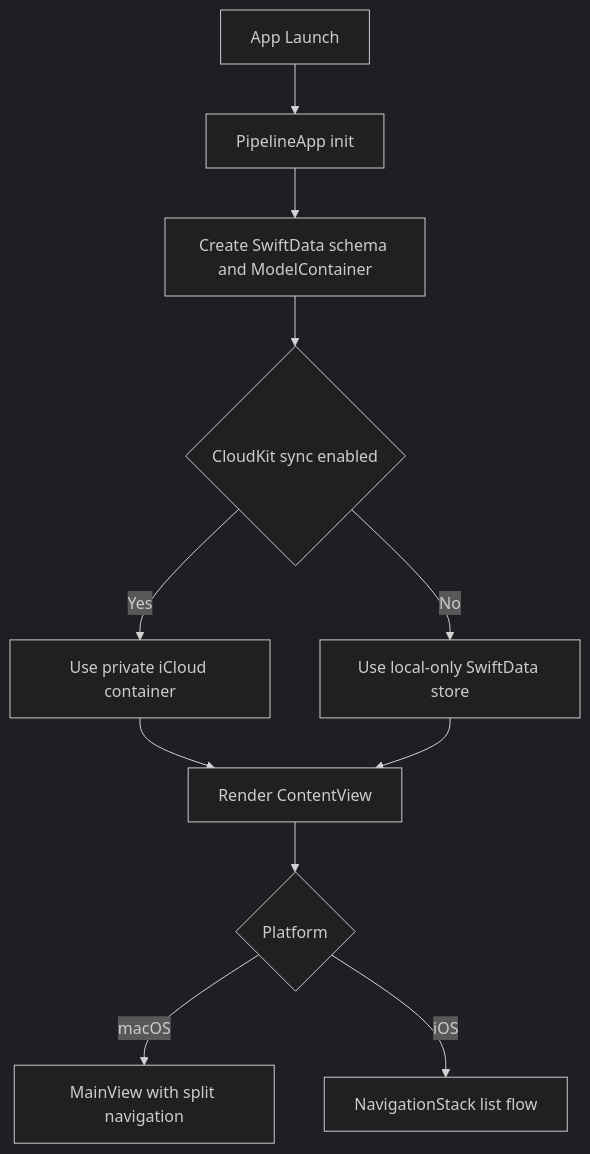
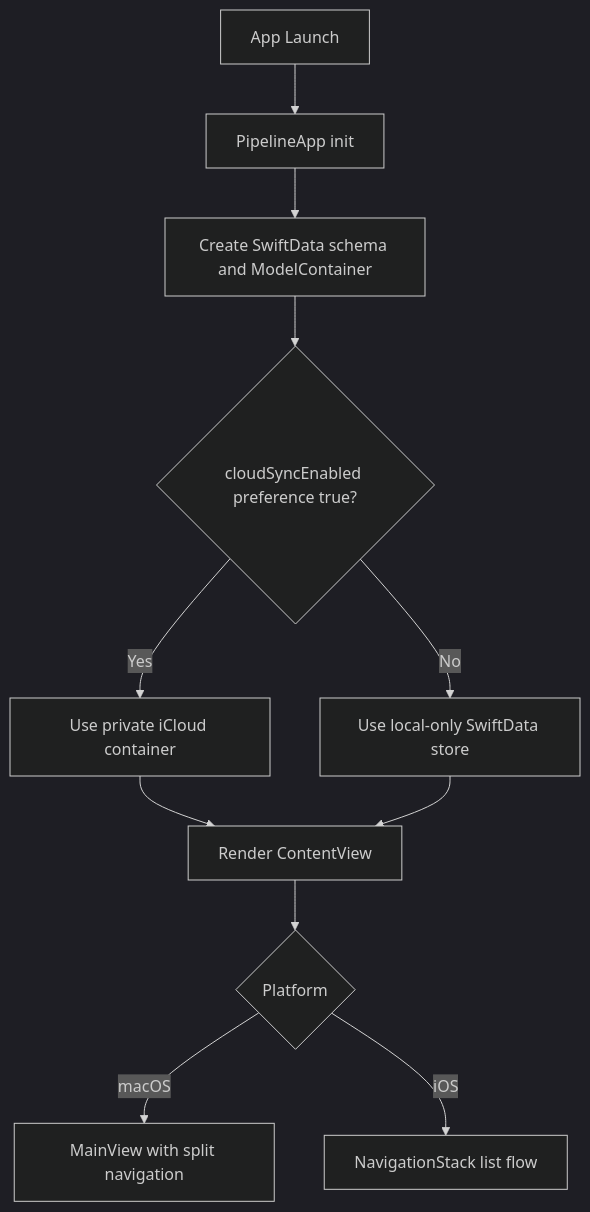
Before and after one commit to digitaltracer/pipeline: the second of 6 diagrams in WORKFLOW.md, drawn with Mermaid (dark theme). The commit also changed other lines of this file and 1 other file, not shown here.

````diff
--- a/WORKFLOW.md
+++ b/WORKFLOW.md
@@ -49,13 +50,13 @@
 ```mermaid
 flowchart TD
     A["App Launch"] --> B["PipelineApp init"]
     B --> C["Create SwiftData schema and ModelContainer"]
-    C --> D{"CloudKit sync enabled"}
+    C --> D{"cloudSyncEnabled preference true?"}
     D -->|"Yes"| E["Use private iCloud container"]
     D -->|"No"| F["Use local-only SwiftData store"]
     E --> G["Render ContentView"]
     F --> G
     G --> H{"Platform"}
     H -->|"macOS"| I["MainView with split navigation"]
     H -->|"iOS"| J["NavigationStack list flow"]
 ```
````
